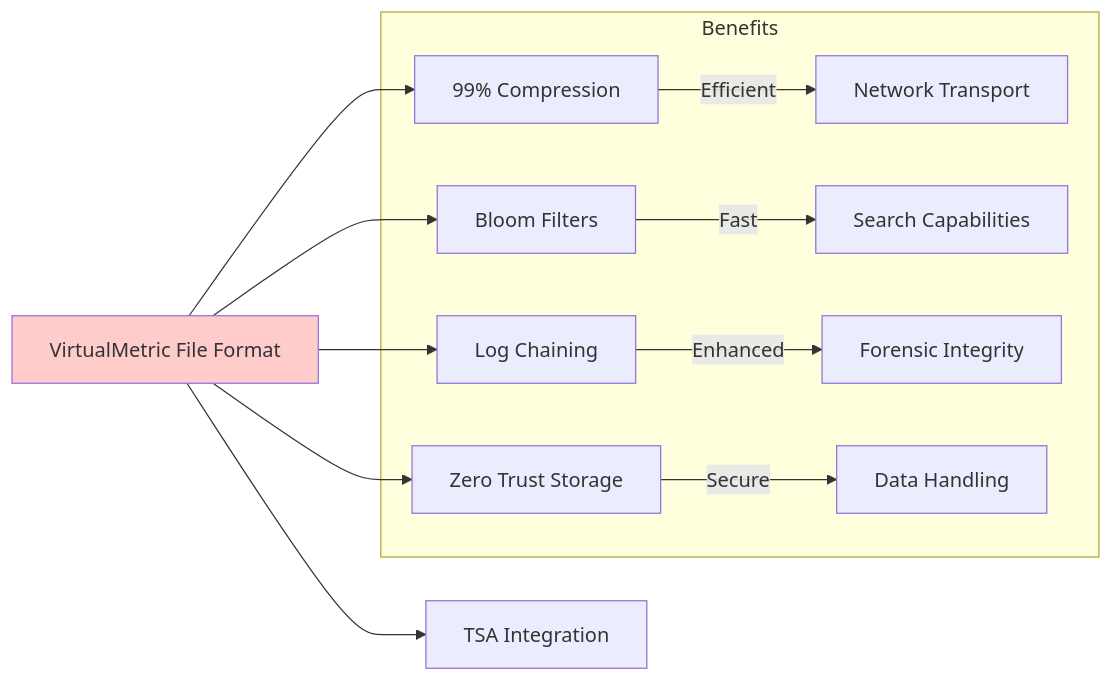
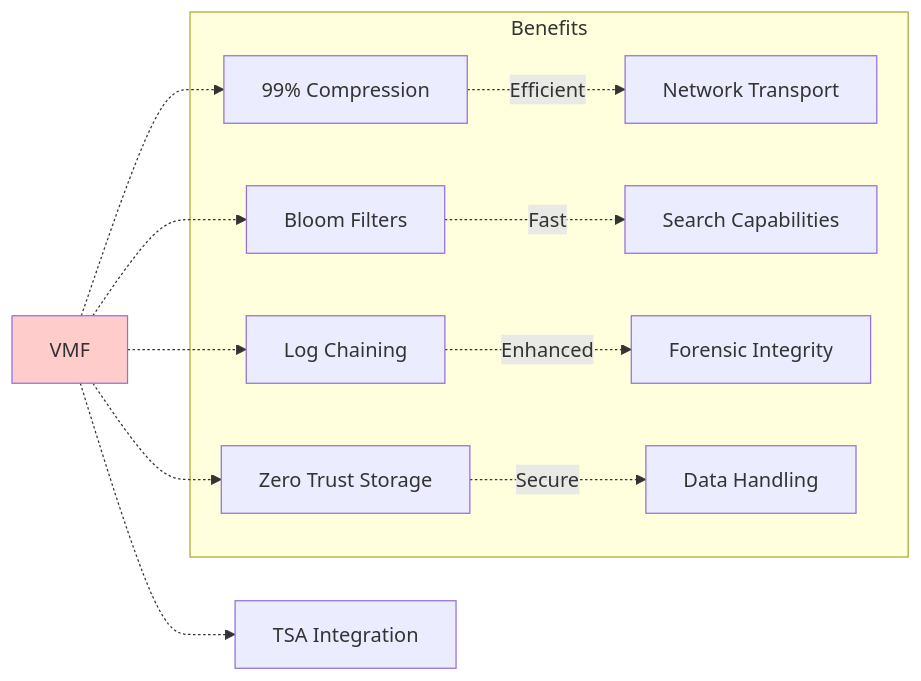
One commit to VirtualMetric/virtualmetric-docs changed the fourth of 7 diagrams in docs/README.mdx. Above: the diagram before and after it, drawn with Mermaid. The commit also changed other lines of this file and 10 other files, not shown here.

````diff
--- a/docs/README.mdx
+++ b/docs/README.mdx
@@ -121,19 +121,19 @@
 ```mermaid
 graph LR
-    VMF[VirtualMetric File Format]
+    VMF[VMF]
     
-    VMF --> Compression[99% Compression]
-    VMF --> Storage[Zero Trust Storage]
-    VMF --> Filters[Bloom Filters]
-    VMF --> Chain[Log Chaining]
-    VMF --> TSA[TSA Integration]
+    VMF -.-> Compression[99% Compression]
+    VMF -.-> Storage[Zero Trust Storage]
+    VMF -.-> Filters[Bloom Filters]
+    VMF -.-> Chain[Log Chaining]
+    VMF -.-> TSA[TSA Integration]
     
     subgraph Benefits
-        Compression --> |Efficient| Transport[Network Transport]
-        Filters --> |Fast| Search[Search Capabilities]
-        Chain --> |Enhanced| Forensics[Forensic Integrity]
-        Storage --> |Secure| DataHandling[Data Handling]
+        Compression -.-> |Efficient| Transport[Network Transport]
+        Filters -.-> |Fast| Search[Search Capabilities]
+        Chain -.-> |Enhanced| Forensics[Forensic Integrity]
+        Storage -.-> |Secure| DataHandling[Data Handling]
     end
     
     style VMF fill:#FFCCCC
 ```
````
